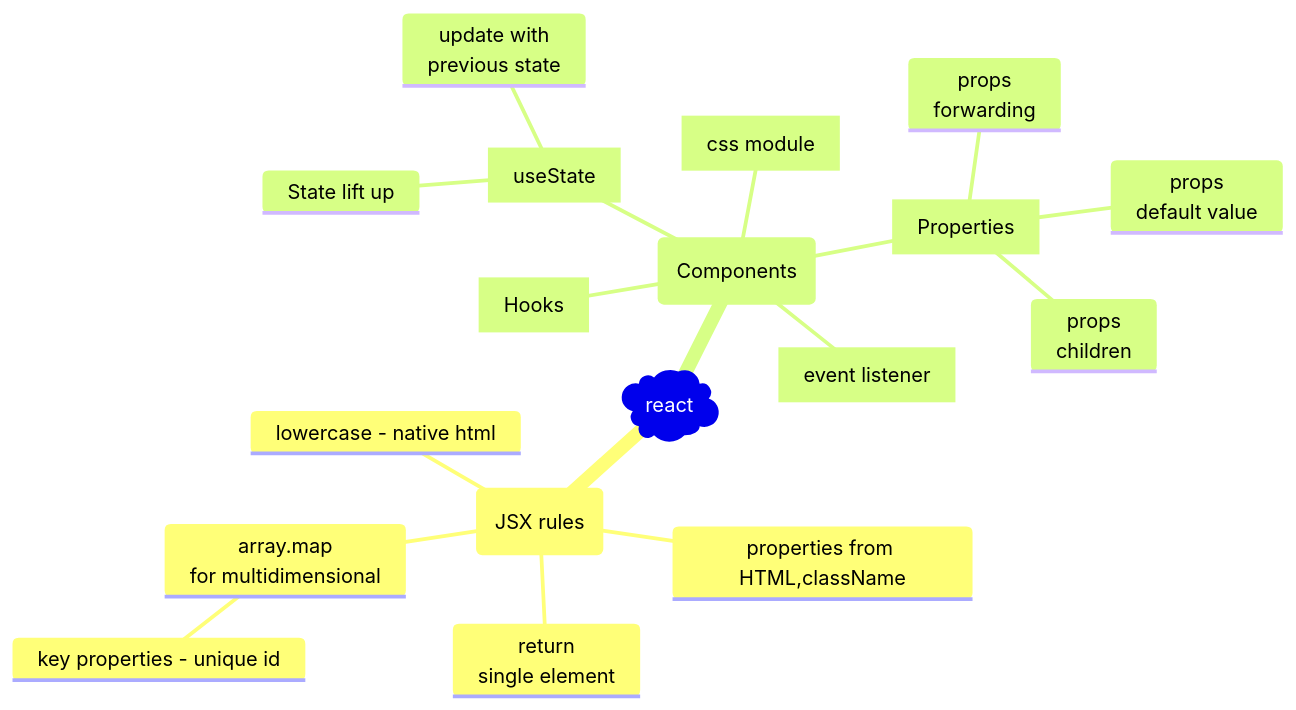
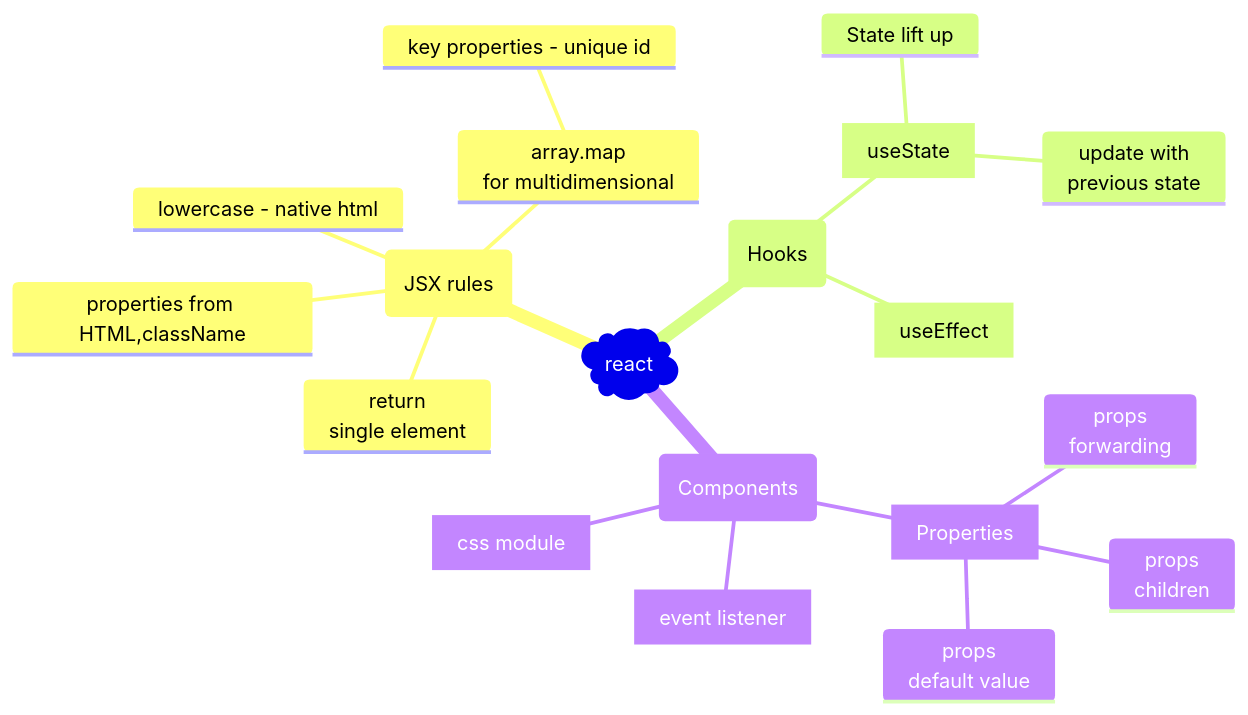
Before and after one commit to cherkavi/javascripting: the first of 2 diagrams in react/README.md, drawn with Mermaid. The commit also changed other lines of this file, not shown here.

Commit message:
useEffect

````diff
--- a/react/README.md
+++ b/react/README.md
@@ -6,21 +6,22 @@
 ```mermaid
 mindmap
 )react(
     (JSX rules)
         return<br/>single element
         properties from HTML,className
         lowercase - native html
         array.map<br>for multidimensional
             key properties - unique id
-    (Components)
+    (Hooks)
         [useState]
             State lift up
             update with<br>previous state
+        [useEffect]
+    (Components)
         [Properties]
             props<br>forwarding
             props<br>children
             props<br>default value
-        [Hooks]
         [css module]
         [event listener]
 ```
````
